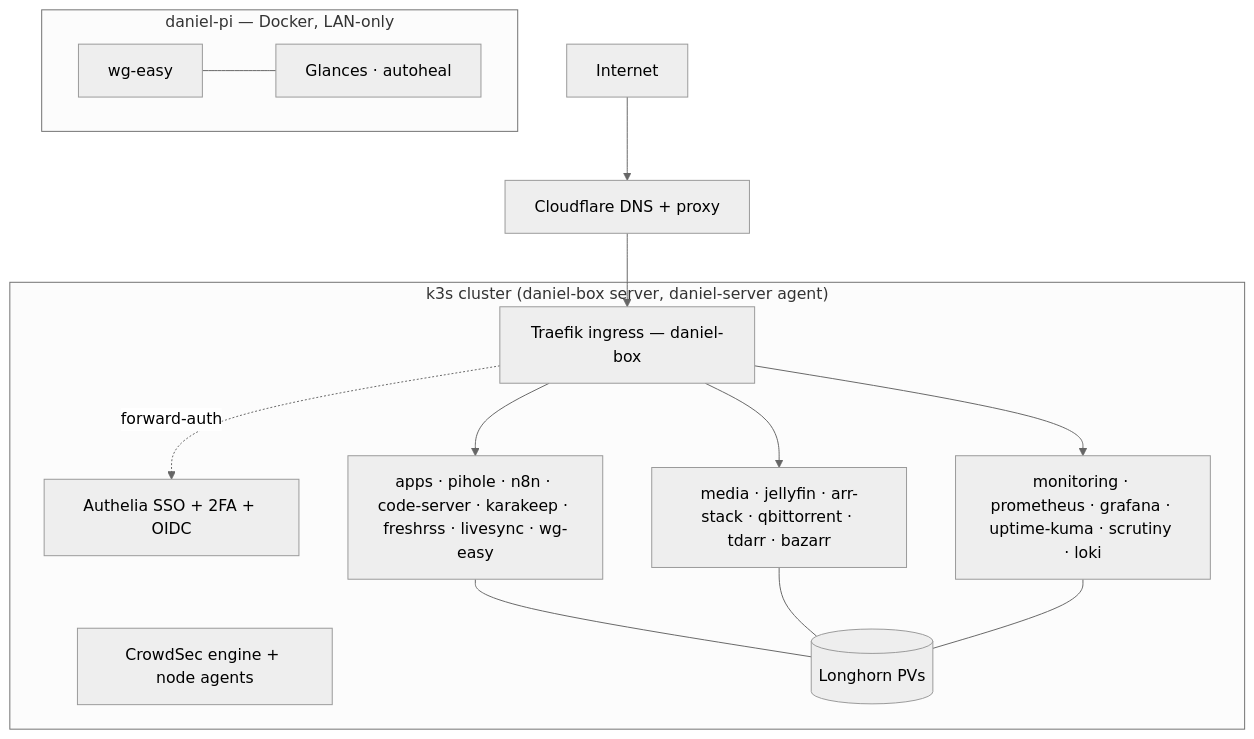
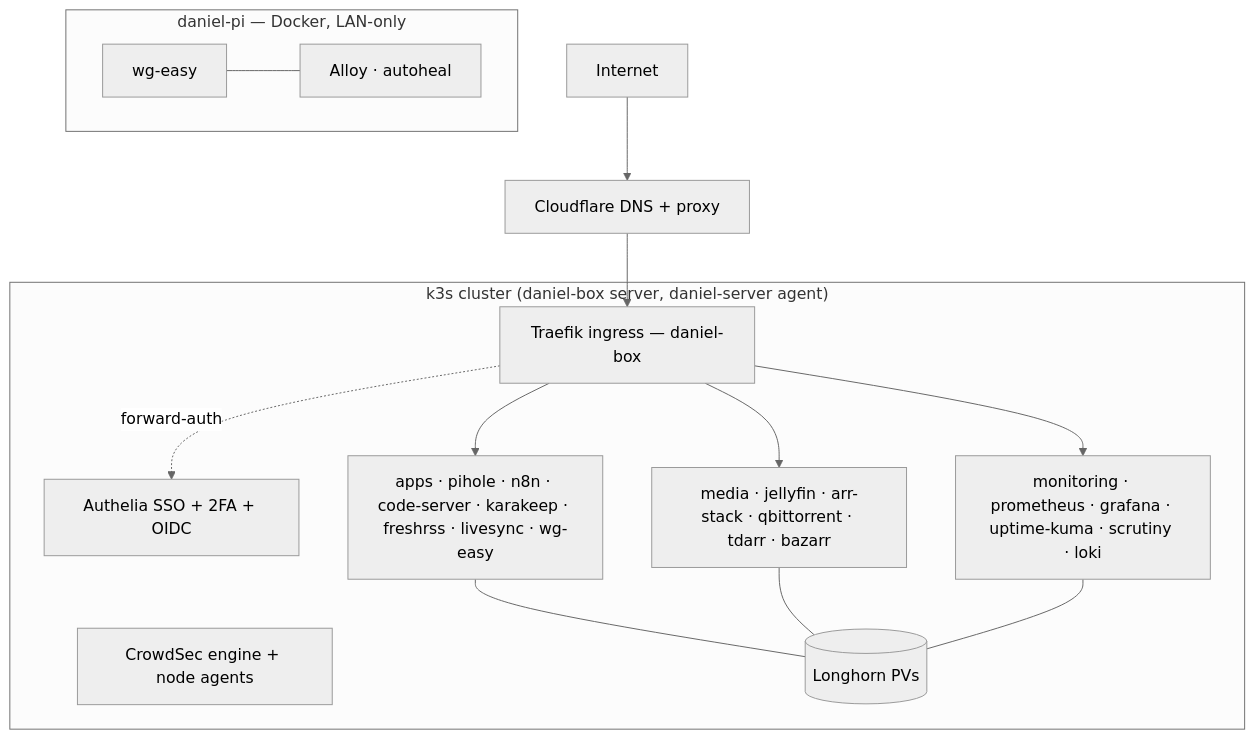
The diagram in README.md (DanielH2018/server), drawn with Mermaid (neutral theme) before and after one commit. The commit also changed 30 other files, not shown here.

````diff
--- a/README.md
+++ b/README.md
@@ -64,27 +64,27 @@
 ```mermaid
 flowchart TD
     net[Internet] --> cf[Cloudflare DNS + proxy]
     cf --> traefik[Traefik ingress — daniel-box]
     traefik -. forward-auth .-> authelia[Authelia SSO + 2FA + OIDC]
 
     subgraph cluster["k3s cluster (daniel-box server, daniel-server agent)"]
       traefik
       authelia
       crowdsec[CrowdSec engine + node agents]
       apps["apps · pihole · n8n · code-server · karakeep · freshrss · livesync · wg-easy"]
       media["media · jellyfin · arr-stack · qbittorrent · tdarr · bazarr"]
       monitoring["monitoring · prometheus · grafana · uptime-kuma · scrutiny · loki"]
       longhorn[(Longhorn PVs)]
     end
 
     traefik --> apps
     traefik --> media
     traefik --> monitoring
     apps --- longhorn
     media --- longhorn
     monitoring --- longhorn
 
     subgraph pi["daniel-pi — Docker, LAN-only"]
-      wg[wg-easy] --- glances[Glances · autoheal]
+      wg[wg-easy] --- alloy[Alloy · autoheal]
     end
 ```
````
